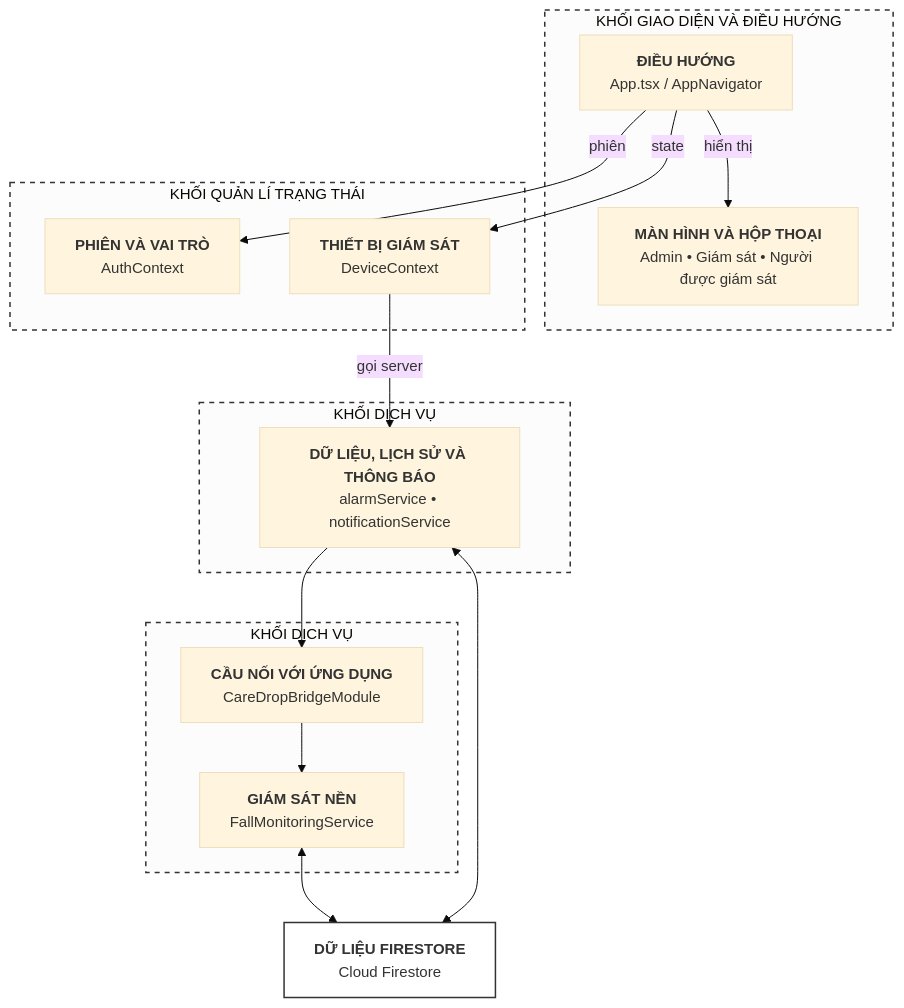
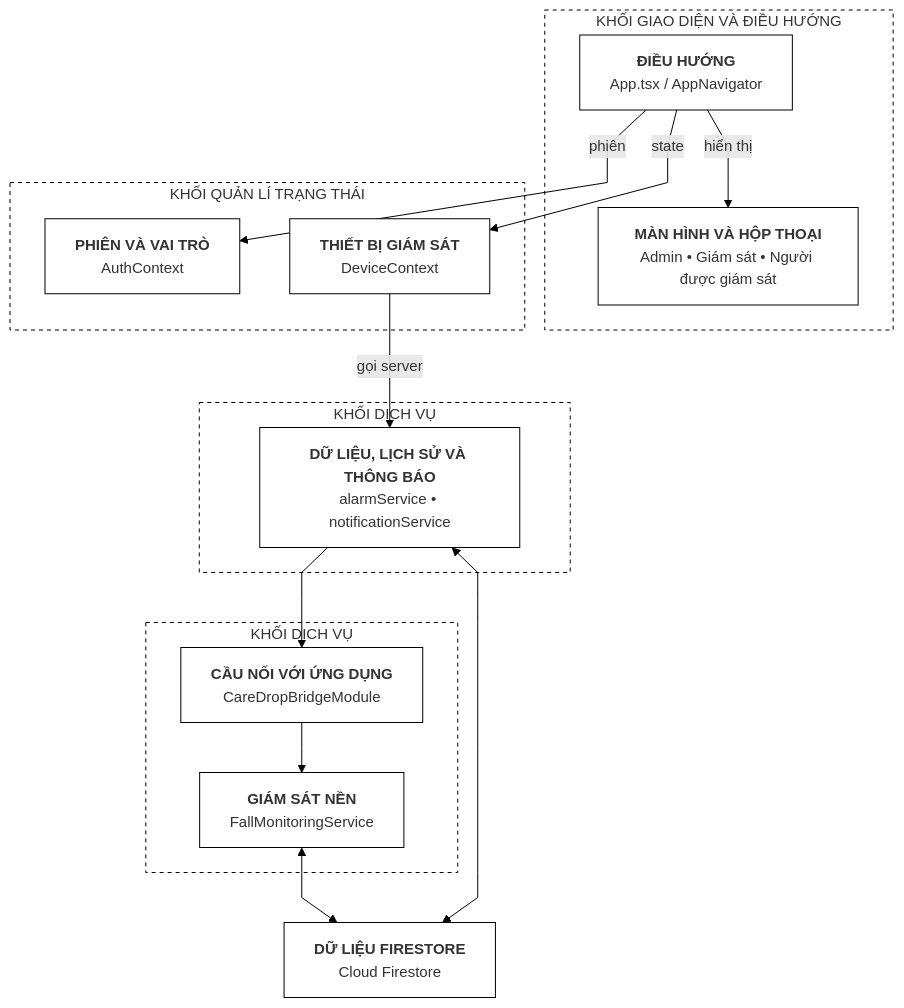
The first of 7 diagrams in README.md (tdo129/Fall-Detection-App), drawn with Mermaid before and after one commit. The commit also changed other lines of this file, not shown here.

````diff
--- a/README.md
+++ b/README.md
@@ -15,38 +15,45 @@
 ```mermaid
-%%{init: {'theme': 'base', 'themeVariables': { 'fontSize': '15px' }}}%%
+%%{init: {'flowchart': {'curve': 'linear'}, 'themeVariables': {'fontSize': '15px', 'lineColor': '#000000'}}}%%
 flowchart TD
     subgraph UI_BLOCK ["KHỐI GIAO DIỆN VÀ ĐIỀU HƯỚNG"]
         NAV["<b>ĐIỀU HƯỚNG</b><br/>App.tsx / AppNavigator"] -- "hiển thị" --> SCREENS["<b>MÀN HÌNH VÀ HỘP THOẠI</b><br/>Admin • Giám sát • Người được giám sát"]
     end
 
     subgraph STATE_BLOCK ["KHỐI QUẢN LÍ TRẠNG THÁI"]
         AUTH["<b>PHIÊN VÀ VAI TRÒ</b><br/>AuthContext"]
         DEV["<b>THIẾT BỊ GIÁM SÁT</b><br/>DeviceContext"]
     end
 
     subgraph SERVICE_APP ["KHỐI DỊCH VỤ"]
         DATA_SVC["<b>DỮ LIỆU, LỊCH SỬ VÀ THÔNG BÁO</b><br/>alarmService • notificationService"]
     end
 
     subgraph SERVICE_BG ["KHỐI DỊCH VỤ"]
         BRIDGE["<b>CẦU NỐI VỚI ỨNG DỤNG</b><br/>CareDropBridgeModule"]
         BG["<b>GIÁM SÁT NỀN</b><br/>FallMonitoringService"]
         BRIDGE --> BG
     end
 
     FS["<b>DỮ LIỆU FIRESTORE</b><br/>Cloud Firestore"]
 
     NAV -- "phiên" --> AUTH
     NAV -- "state" --> DEV
     DEV -- "gọi server" --> DATA_SVC
 
     DATA_SVC --> BRIDGE
     BG <--> FS
     DATA_SVC <--> FS
 
-    style UI_BLOCK fill:#fcfcfc,stroke:#333333,stroke-width:1.5px,stroke-dasharray: 5 5
-    style STATE_BLOCK fill:#fcfcfc,stroke:#333333,stroke-width:1.5px,stroke-dasharray: 5 5
-    style SERVICE_APP fill:#fcfcfc,stroke:#333333,stroke-width:1.5px,stroke-dasharray: 5 5
-    style SERVICE_BG fill:#fcfcfc,stroke:#333333,stroke-width:1.5px,stroke-dasharray: 5 5
-    style FS fill:#ffffff,stroke:#333333,stroke-width:1.5px
+    style UI_BLOCK fill:#ffffff,stroke:#000000,stroke-width:1px,stroke-dasharray: 4 4
+    style STATE_BLOCK fill:#ffffff,stroke:#000000,stroke-width:1px,stroke-dasharray: 4 4
+    style SERVICE_APP fill:#ffffff,stroke:#000000,stroke-width:1px,stroke-dasharray: 4 4
+    style SERVICE_BG fill:#ffffff,stroke:#000000,stroke-width:1px,stroke-dasharray: 4 4
+    style NAV fill:#ffffff,stroke:#000000,stroke-width:1px
+    style SCREENS fill:#ffffff,stroke:#000000,stroke-width:1px
+    style AUTH fill:#ffffff,stroke:#000000,stroke-width:1px
+    style DEV fill:#ffffff,stroke:#000000,stroke-width:1px
+    style DATA_SVC fill:#ffffff,stroke:#000000,stroke-width:1px
+    style BRIDGE fill:#ffffff,stroke:#000000,stroke-width:1px
+    style BG fill:#ffffff,stroke:#000000,stroke-width:1px
+    style FS fill:#ffffff,stroke:#000000,stroke-width:1px
 ```
````
